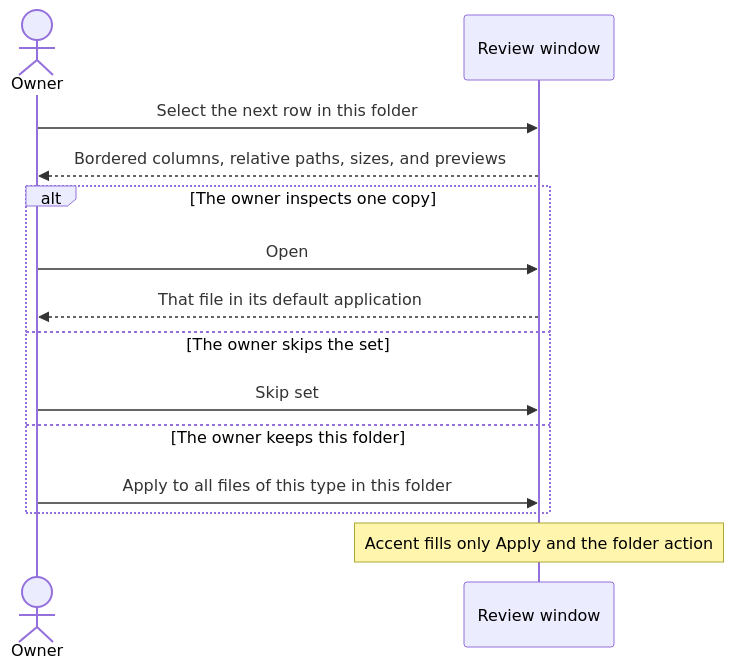
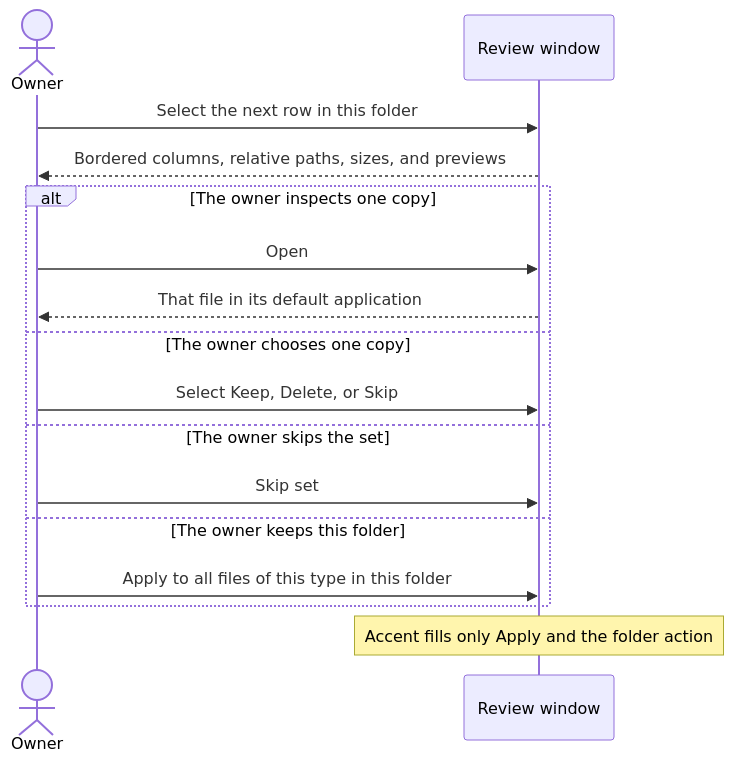
Before and after one commit to cionz0/hdsort: the fourth of 9 diagrams in docs/architecture.md, drawn with Mermaid. The commit also changed other lines of this file and 11 other files, not shown here.

````diff
--- a/docs/architecture.md
+++ b/docs/architecture.md
@@ -93,16 +93,18 @@
 ```mermaid
 sequenceDiagram
   actor Owner
   participant Window as Review window
   Owner->>Window: Select the next row in this folder
   Window-->>Owner: Bordered columns, relative paths, sizes, and previews
   alt The owner inspects one copy
     Owner->>Window: Open
     Window-->>Owner: That file in its default application
+  else The owner chooses one copy
+    Owner->>Window: Select Keep, Delete, or Skip
   else The owner skips the set
     Owner->>Window: Skip set
   else The owner keeps this folder
     Owner->>Window: Apply to all files of this type in this folder
   end
   Note over Window: Accent fills only Apply and the folder action
 ```
````
